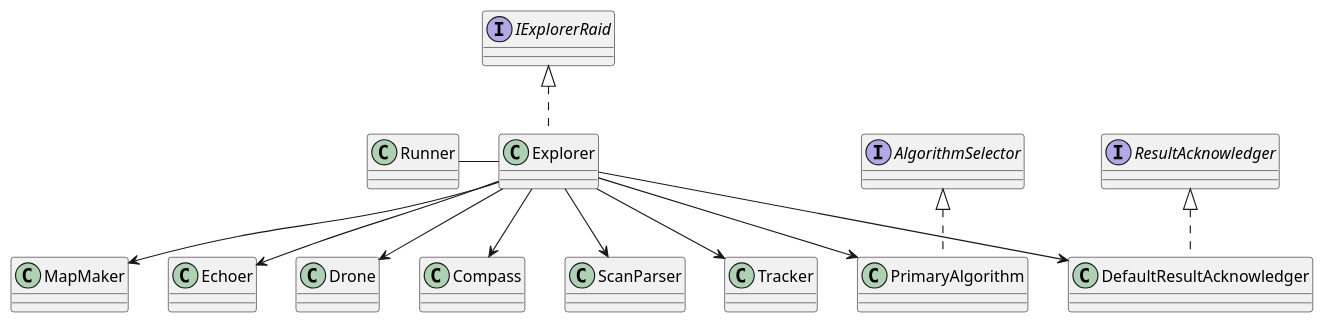
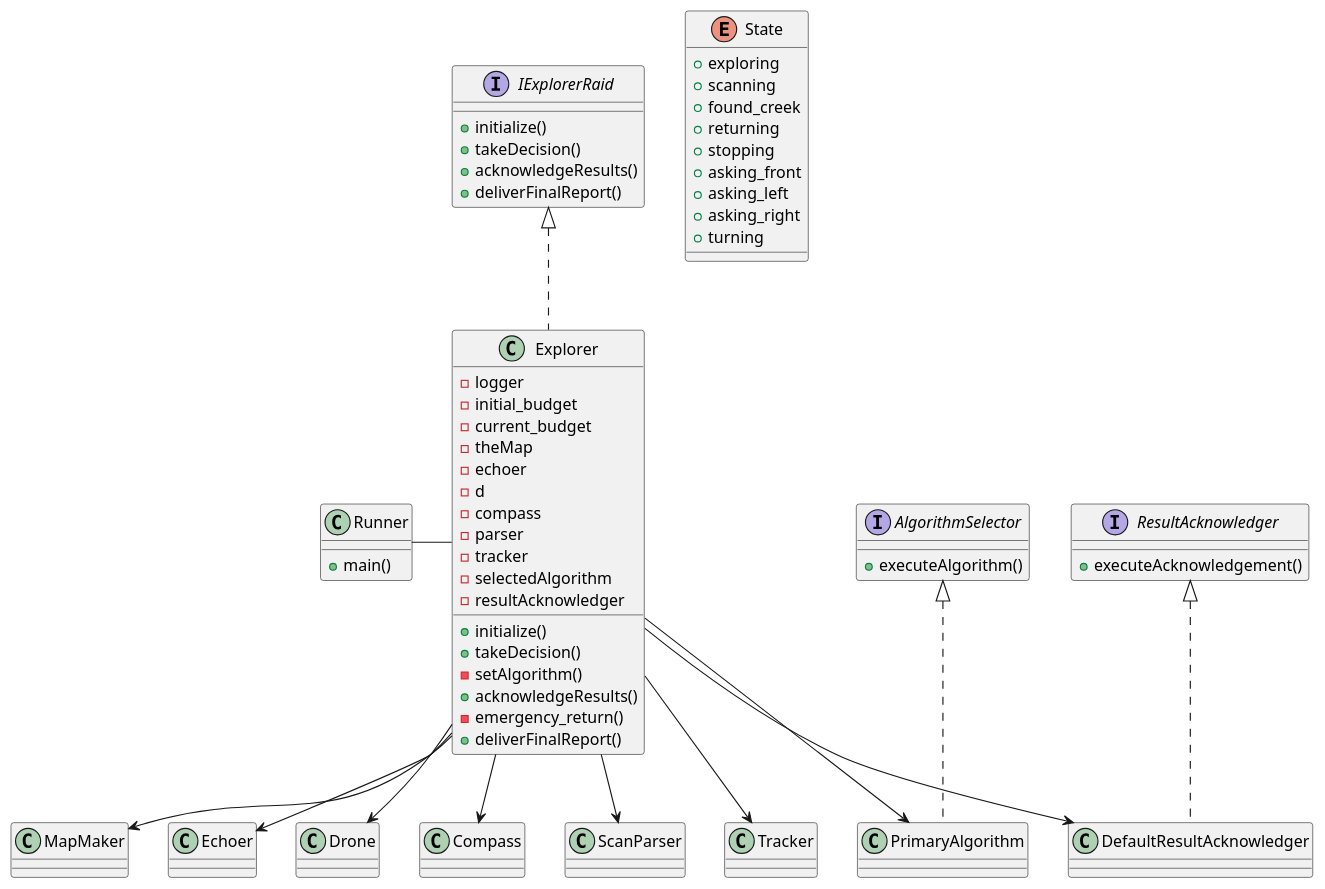
Before and after one commit to nehadst/Drone-Rescue: the diagram in team102_UML.plantuml, drawn with PlantUML. The commit also changed 1 other file, not shown here.

Commit message:
Added fields and methods to UML for Explorer, IExplorerRaid, State, AlgorithmSelector, Runner, and ResultAcknowledger #11

```diff
--- a/team102_UML.plantuml
+++ b/team102_UML.plantuml
@@ -1,18 +1,68 @@
 @startuml Team102_UML
 
+class Runner {
+    +main()
+}
+
 Runner - Explorer
-class Explorer implements IExplorerRaid
+
+interface IExplorerRaid {
+    +initialize()
+    +takeDecision()
+    +acknowledgeResults()
+    +deliverFinalReport()
+}
+
+interface AlgorithmSelector {
+    +executeAlgorithm()
+}
+
+interface ResultAcknowledger {
+    +executeAcknowledgement()
+}
+
+class Explorer implements IExplorerRaid {
+    -logger
+    -initial_budget
+    -current_budget
+    -theMap
+    -echoer
+    - d
+    -compass
+    -parser
+    -tracker
+    -selectedAlgorithm
+    -resultAcknowledger
+    +initialize()
+    +takeDecision()
+    -setAlgorithm()
+    +acknowledgeResults()
+    -emergency_return()
+    +deliverFinalReport()
+
+}
+enum State {
+    +exploring
+    +scanning
+    +found_creek
+    +returning
+    +stopping
+    +asking_front
+    +asking_left
+    +asking_right
+    +turning
+}
 Explorer --> MapMaker
 Explorer --> Echoer
 Explorer --> Drone
 Explorer --> Compass
 Explorer --> ScanParser
 Explorer --> Tracker
 Explorer --> PrimaryAlgorithm
 Explorer --> DefaultResultAcknowledger
 
 class PrimaryAlgorithm implements AlgorithmSelector
 class DefaultResultAcknowledger implements ResultAcknowledger
 
 
 @enduml
```
